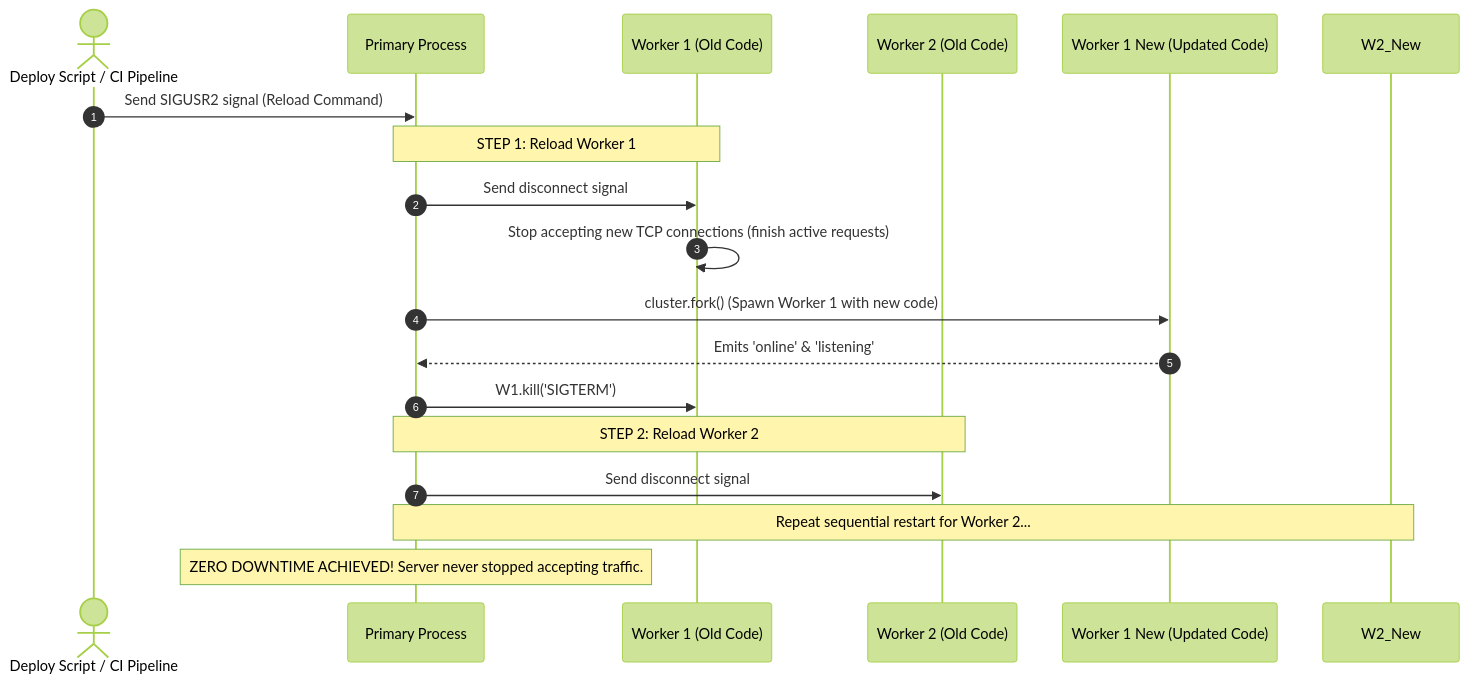
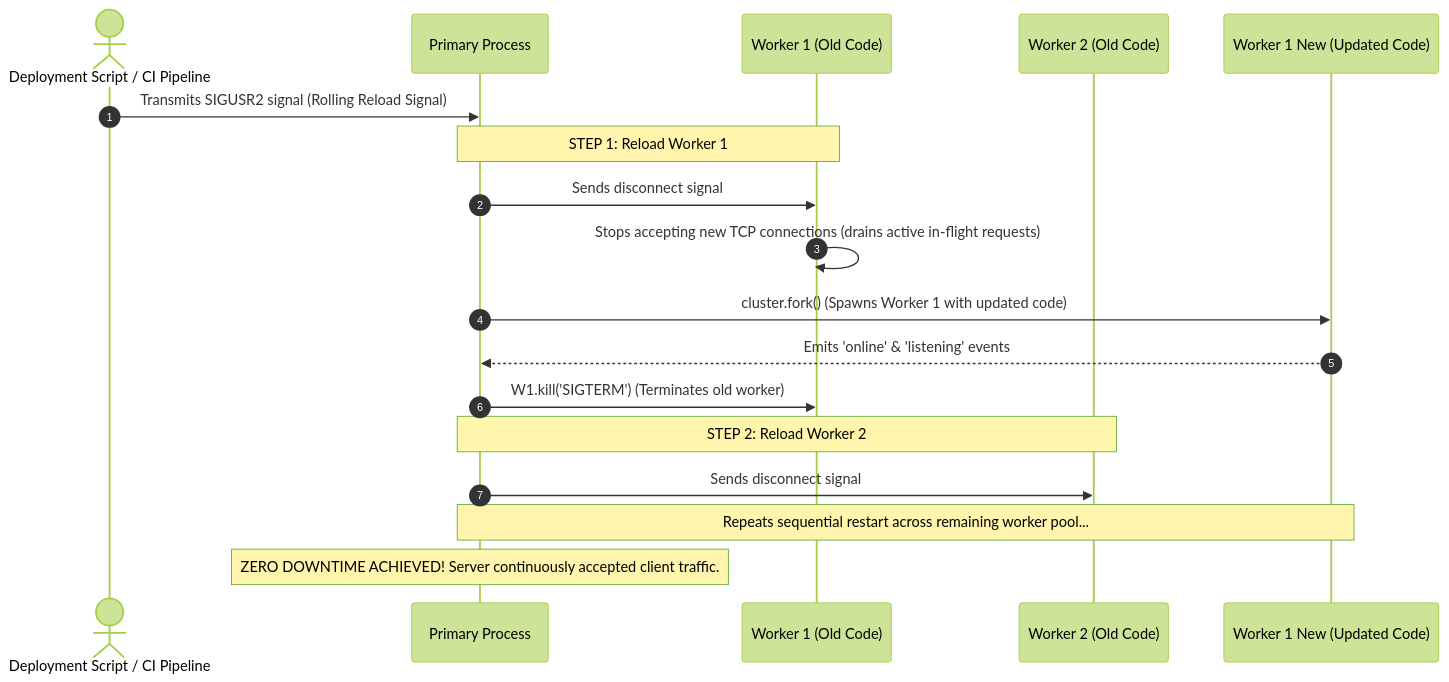
The second of 3 diagrams in nodejs-notes/19-cluster-module.md (Amie-dev/engineering-playbook), drawn with Mermaid (forest theme) before and after one commit. The commit also changed other lines of this file and 31 other files, not shown here.

````diff
--- a/nodejs-notes/19-cluster-module.md
+++ b/nodejs-notes/19-cluster-module.md
@@ -42,24 +48,24 @@
 ```mermaid
 sequenceDiagram
     autonumber
-    actor Admin as Deploy Script / CI Pipeline
+    actor Admin as Deployment Script / CI Pipeline
     participant Primary as Primary Process
     participant W1 as Worker 1 (Old Code)
     participant W2 as Worker 2 (Old Code)
     participant W1_New as Worker 1 New (Updated Code)
 
-    Admin->>Primary: Send SIGUSR2 signal (Reload Command)
+    Admin->>Primary: Transmits SIGUSR2 signal (Rolling Reload Signal)
     
-    Note over Primary,W1: STEP 1: Reload Worker 1
-    Primary->>W1: Send disconnect signal
-    W1->>W1: Stop accepting new TCP connections (finish active requests)
-    Primary->>W1_New: cluster.fork() (Spawn Worker 1 with new code)
-    W1_New-->>Primary: Emits 'online' & 'listening'
-    Primary->>W1: W1.kill('SIGTERM')
+    note over Primary,W1: STEP 1: Reload Worker 1
+    Primary->>W1: Sends disconnect signal
+    W1->>W1: Stops accepting new TCP connections (drains active in-flight requests)
+    Primary->>W1_New: cluster.fork() (Spawns Worker 1 with updated code)
+    W1_New-->>Primary: Emits 'online' & 'listening' events
+    Primary->>W1: W1.kill('SIGTERM') (Terminates old worker)
     
-    Note over Primary,W2: STEP 2: Reload Worker 2
-    Primary->>W2: Send disconnect signal
-    Note over Primary,W2_New: Repeat sequential restart for Worker 2...
+    note over Primary,W2: STEP 2: Reload Worker 2
+    Primary->>W2: Sends disconnect signal
+    note over Primary,W1_New: Repeats sequential restart across remaining worker pool...
     
-    Note over Primary: ZERO DOWNTIME ACHIEVED! Server never stopped accepting traffic.
+    note over Primary: ZERO DOWNTIME ACHIEVED! Server continuously accepted client traffic.
 ```
````
